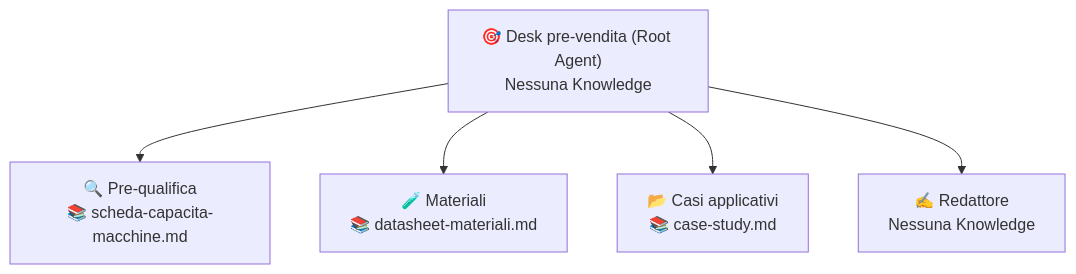
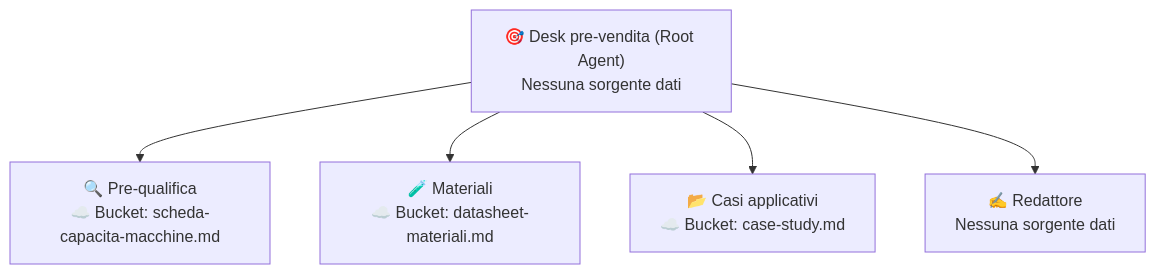
One commit to labs-ennova-research/ge-demo-brigata changed the diagram in use-cases/01-richiesta-offerta/README.md. Above: the diagram before and after it, drawn with Mermaid. The commit also changed other lines of this file and 13 other files, not shown here.

````diff
--- a/use-cases/01-richiesta-offerta/README.md
+++ b/use-cases/01-richiesta-offerta/README.md
@@ -83,7 +83,7 @@
 ```mermaid
 flowchart TD
-    R["🎯 Desk pre-vendita (Root Agent)\nNessuna Knowledge"] --> S1["🔍 Pre-qualifica\n📚 scheda-capacita-macchine.md"]
-    R --> S2["🧪 Materiali\n📚 datasheet-materiali.md"]
-    R --> S3["📂 Casi applicativi\n📚 case-study.md"]
-    R --> S4["✍️ Redattore\nNessuna Knowledge"]
+    R["🎯 Desk pre-vendita (Root Agent)\nNessuna sorgente dati"] --> S1["🔍 Pre-qualifica\n☁️ Bucket: scheda-capacita-macchine.md"]
+    R --> S2["🧪 Materiali\n☁️ Bucket: datasheet-materiali.md"]
+    R --> S3["📂 Casi applicativi\n☁️ Bucket: case-study.md"]
+    R --> S4["✍️ Redattore\nNessuna sorgente dati"]
 ```
````
